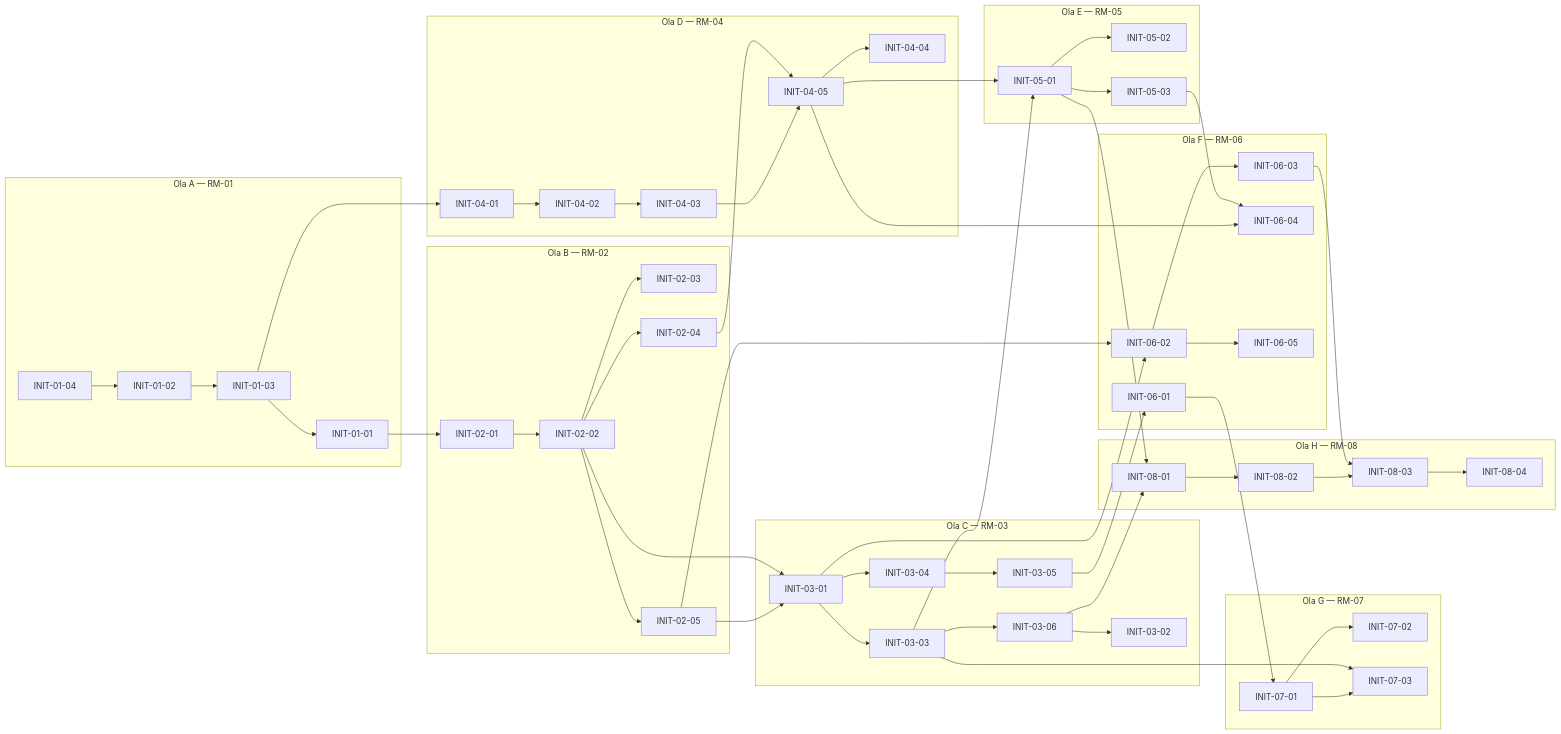
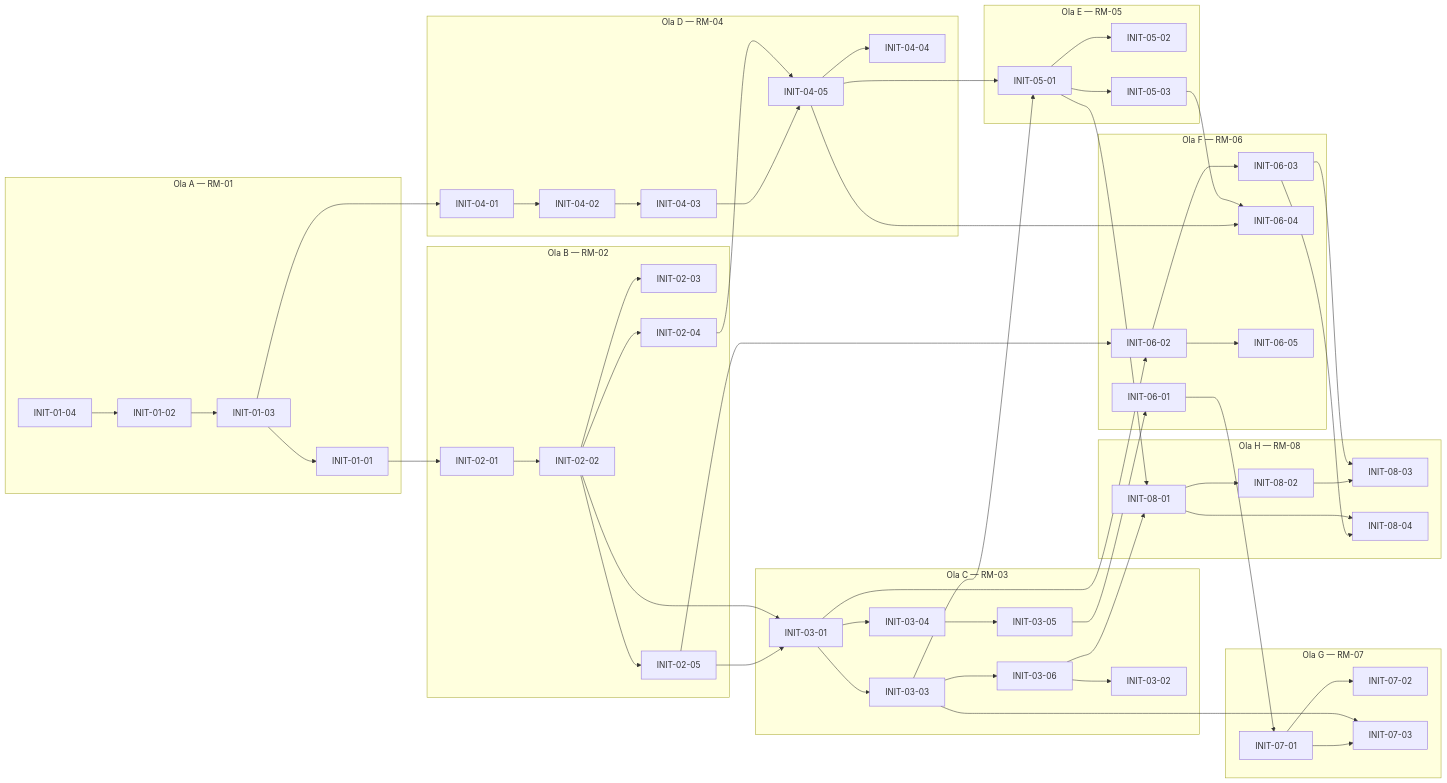
The diagram in knowledge/delivery/roadmap.md (Kaddo-kdd/agent-native), drawn with Mermaid before and after one commit. The commit also changed other lines of this file and 5 other files, not shown here.

Commit message:
docs(roadmap): start fresh-instance worker initiative

````diff
--- a/knowledge/delivery/roadmap.md
+++ b/knowledge/delivery/roadmap.md
@@ -1084,6 +1078,8 @@
     I0701 --> I0703
     I0303 --> I0703
     I0306 --> I0801
-    I0501 --> I0801 --> I0802 --> I0803 --> I0804
+    I0501 --> I0801 --> I0802 --> I0803
     I0603 --> I0803
+    I0603 --> I0804
+    I0801 --> I0804
 ```
````
